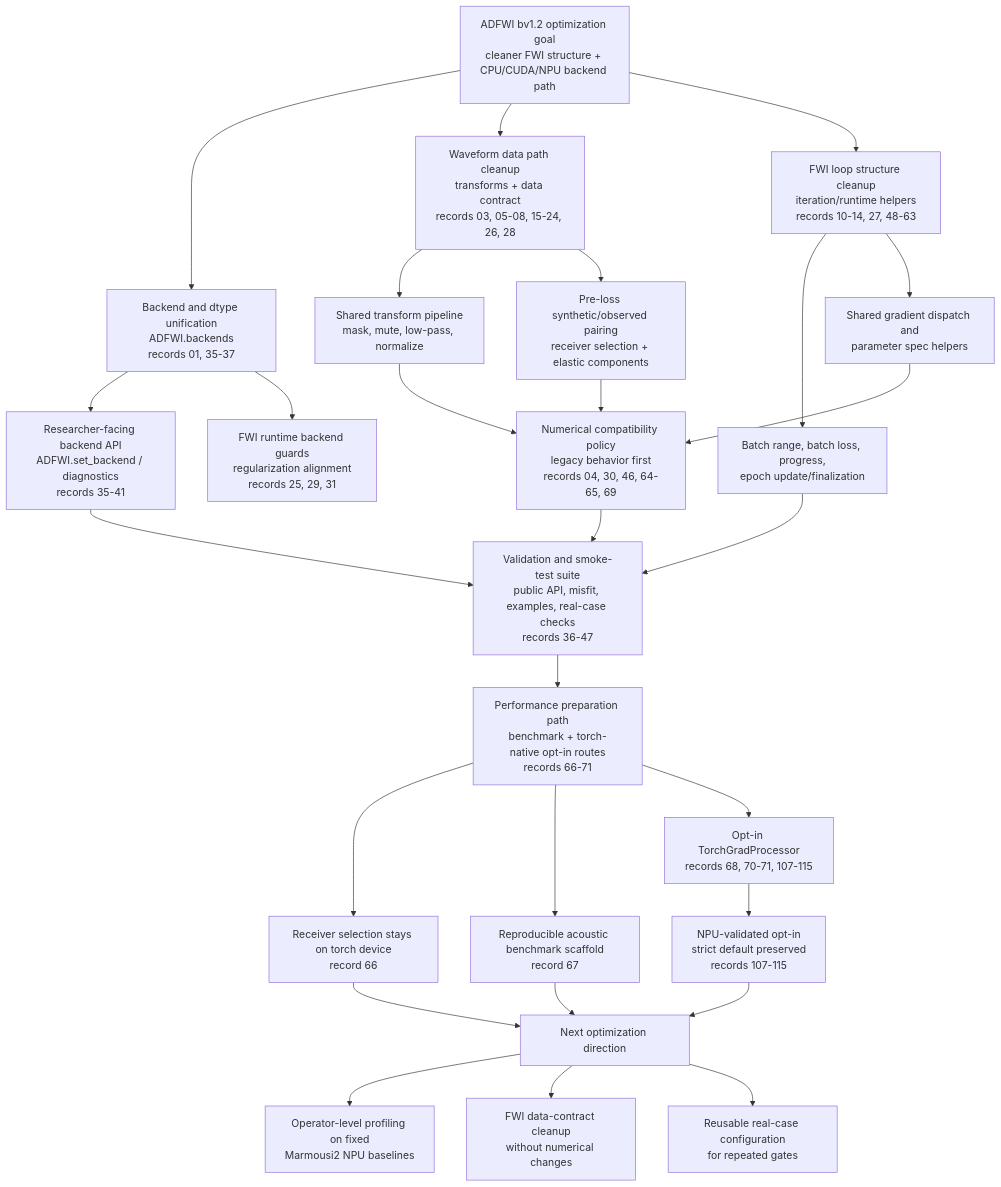
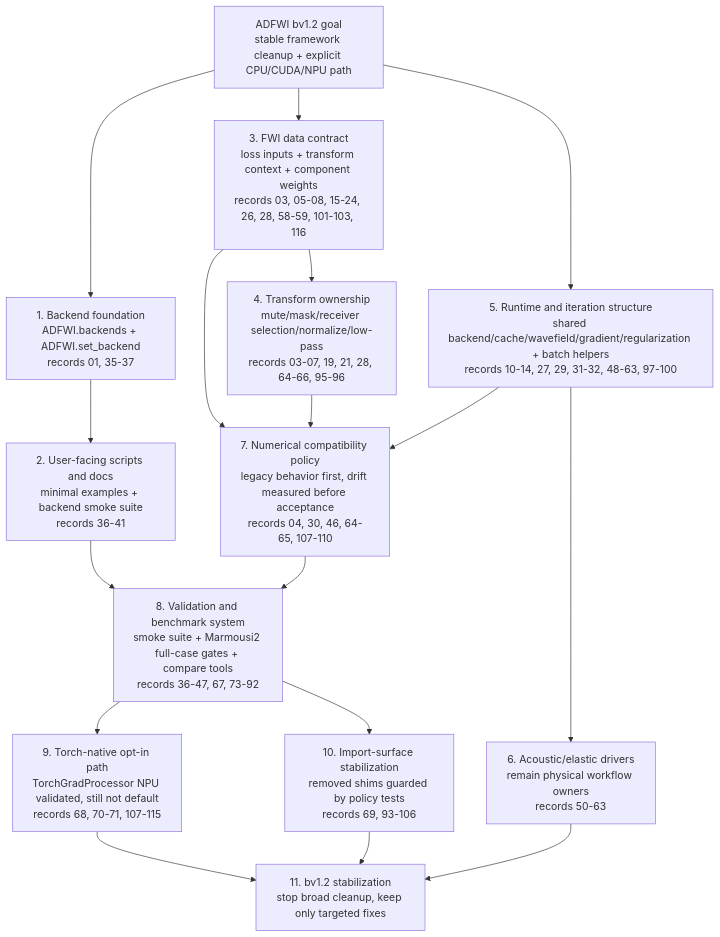
The diagram in docs/version-plans/bv1.2/optimization-chain.md (liufeng2317/ADFWI), drawn with Mermaid before and after one commit. The commit also changed other lines of this file, not shown here.

Commit message:
Update bv1.2 optimization chain summary

````diff
--- a/docs/version-plans/bv1.2/optimization-chain.md
+++ b/docs/version-plans/bv1.2/optimization-chain.md
@@ -10,37 +30,27 @@
 ```mermaid
 flowchart TD
-    Goal[ADFWI bv1.2 optimization goal\ncleaner FWI structure + CPU/CUDA/NPU backend path] --> Backend[Backend and dtype unification\nADFWI.backends\nrecords 01, 35-37]
+    Goal[ADFWI bv1.2 goal\nstable framework cleanup + explicit CPU/CUDA/NPU path]
 
-    Backend --> PublicAPI[Researcher-facing backend API\nADFWI.set_backend / diagnostics\nrecords 35-41]
-    Backend --> RuntimeGuard[FWI runtime backend guards\nregularization alignment\nrecords 25, 29, 31]
+    Goal --> Backend[1. Backend foundation\nADFWI.backends + ADFWI.set_backend\nrecords 01, 35-37]
+    Backend --> PublicAPI[2. User-facing scripts and docs\nminimal examples + backend smoke suite\nrecords 36-41]
 
-    Goal --> DataPath[Waveform data path cleanup\ntransforms + data contract\nrecords 03, 05-08, 15-24, 26, 28]
-    DataPath --> TransformPipe[Shared transform pipeline\nmask, mute, low-pass, normalize]
-    DataPath --> LossContract[Pre-loss synthetic/observed pairing\nreceiver selection + elastic components]
+    Goal --> DataLayer[3. FWI data contract\nloss inputs + transform context + component weights\nrecords 03, 05-08, 15-24, 26, 28, 58-59, 101-103, 116]
+    DataLayer --> Transforms[4. Transform ownership\nmute/mask/receiver selection/normalize/low-pass\nrecords 03-07, 19, 21, 28, 64-66, 95-96]
 
-    Goal --> LoopStructure[FWI loop structure cleanup\niteration/runtime helpers\nrecords 10-14, 27, 48-63]
-    LoopStructure --> BatchFlow[Batch range, batch loss, progress,\nepoch update/finalization]
-    LoopStructure --> GradDispatch[Shared gradient dispatch and\nparameter spec helpers]
+    Goal --> RuntimeLoop[5. Runtime and iteration structure\nshared backend/cache/wavefield/gradient/regularization + batch helpers\nrecords 10-14, 27, 29, 31-32, 48-63, 97-100]
+    RuntimeLoop --> Drivers[6. Acoustic/elastic drivers\nremain physical workflow owners\nrecords 50-63]
 
-    TransformPipe --> NumericalPolicy[Numerical compatibility policy\nlegacy behavior first\nrecords 04, 30, 46, 64-65, 69]
-    LossContract --> NumericalPolicy
-    GradDispatch --> NumericalPolicy
+    DataLayer --> NumericalPolicy[7. Numerical compatibility policy\nlegacy behavior first, drift measured before acceptance\nrecords 04, 30, 46, 64-65, 107-110]
+    Transforms --> NumericalPolicy
+    RuntimeLoop --> NumericalPolicy
 
-    PublicAPI --> SmokeSuite[Validation and smoke-test suite\npublic API, misfit, examples, real-case checks\nrecords 36-47]
-    BatchFlow --> SmokeSuite
-    NumericalPolicy --> SmokeSuite
+    PublicAPI --> Validation[8. Validation and benchmark system\nsmoke suite + Marmousi2 full-case gates + compare tools\nrecords 36-47, 67, 73-92]
+    NumericalPolicy --> Validation
 
-    SmokeSuite --> PerfPrep[Performance preparation path\nbenchmark + torch-native opt-in routes\nrecords 66-71]
-    PerfPrep --> ReceiverIndex[Receiver selection stays on torch device\nrecord 66]
-    PerfPrep --> Benchmark[Reproducible acoustic benchmark scaffold\nrecord 67]
-    PerfPrep --> TorchGrad[Opt-in TorchGradProcessor\nrecords 68, 70-71, 107-115]
-    TorchGrad --> TorchGradStatus[NPU-validated opt-in\nstrict default preserved\nrecords 107-115]
+    Validation --> TorchGrad[9. Torch-native opt-in path\nTorchGradProcessor NPU validated, still not default\nrecords 68, 70-71, 107-115]
+    Validation --> ImportPolicy[10. Import-surface stabilization\nremoved shims guarded by policy tests\nrecords 69, 93-106]
 
-    ReceiverIndex --> Next[Next optimization direction]
-    Benchmark --> Next
-    TorchGradStatus --> Next
-
-    Next --> OperatorProfile[Operator-level profiling on fixed\nMarmousi2 NPU baselines]
-    Next --> DataContract[FWI data-contract cleanup\nwithout numerical changes]
-    Next --> ConfigLayer[Reusable real-case configuration\nfor repeated gates]
+    TorchGrad --> Stabilization[11. bv1.2 stabilization\nstop broad cleanup, keep only targeted fixes]
+    ImportPolicy --> Stabilization
+    Drivers --> Stabilization
 ```
````
